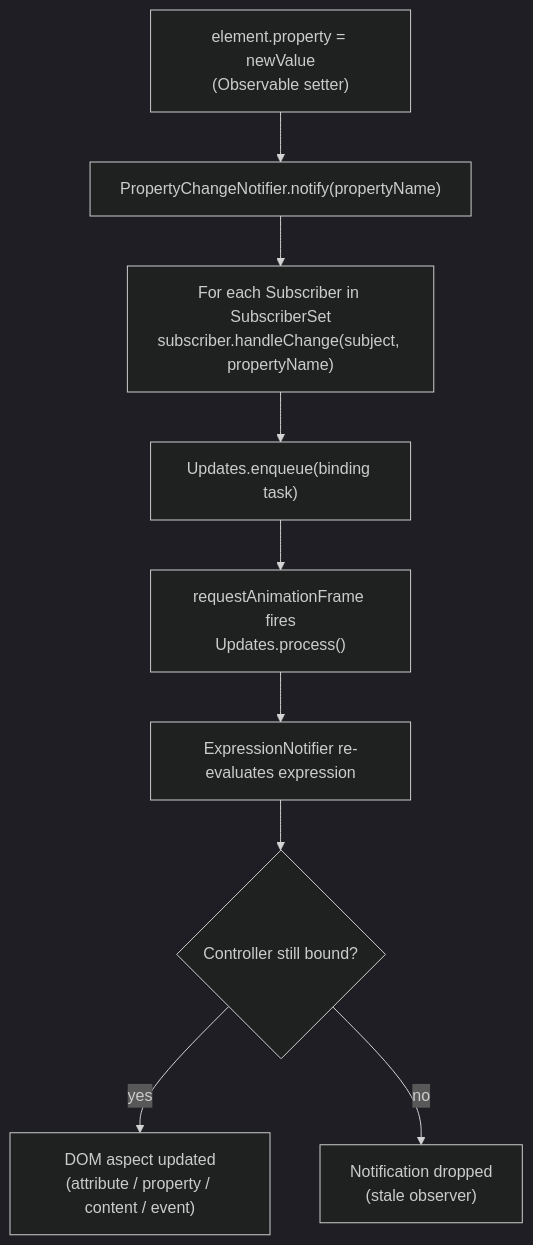
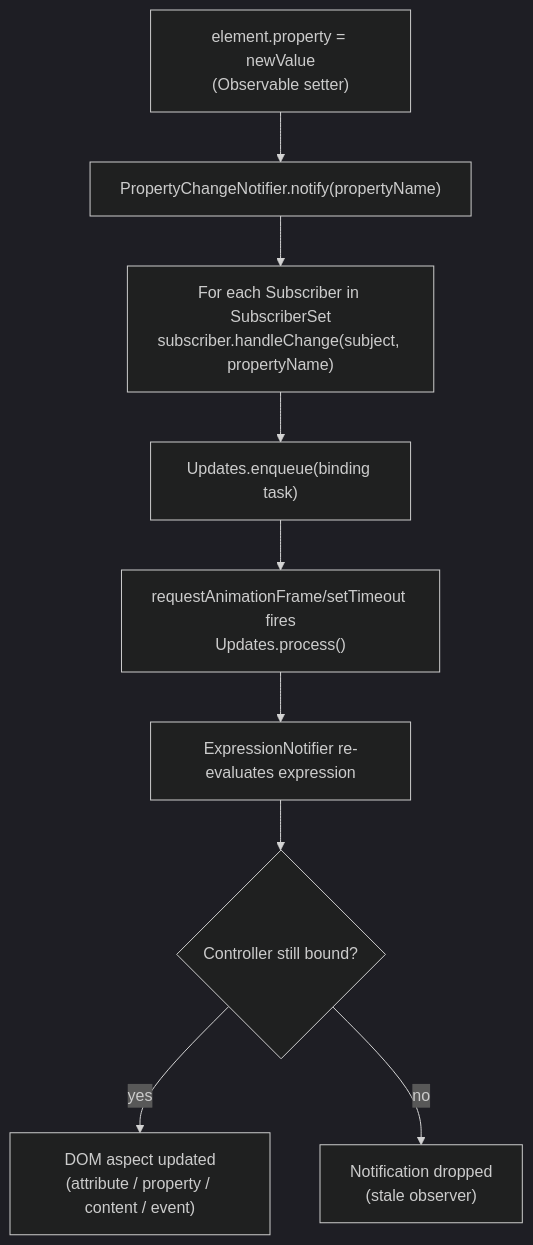
One commit to microsoft/fast changed the fourth of 4 diagrams in packages/fast-element/DESIGN.md. Above: the diagram before and after it, drawn with Mermaid (dark theme). The commit also changed other lines of this file and 7 other files, not shown here.

````diff
--- a/packages/fast-element/DESIGN.md
+++ b/packages/fast-element/DESIGN.md
@@ -443,19 +443,19 @@
 ```mermaid
 flowchart TD
     SET["element.property = newValue\n(Observable setter)"]
     NOTIFY["PropertyChangeNotifier.notify(propertyName)"]
     SUBS["For each Subscriber in SubscriberSet\nsubscriber.handleChange(subject, propertyName)"]
     ENQ["Updates.enqueue(binding task)"]
-    RAF["requestAnimationFrame fires\nUpdates.process()"]
+    RAF["requestAnimationFrame/setTimeout fires\nUpdates.process()"]
     EVAL["ExpressionNotifier re-evaluates expression"]
     DOM["DOM aspect updated\n(attribute / property / content / event)"]
 
     SET --> NOTIFY
     NOTIFY --> SUBS
     SUBS --> ENQ
     ENQ --> RAF
     RAF --> EVAL
     EVAL --> GUARD{"Controller still bound?"}
     GUARD -->|yes| DOM
     GUARD -->|no| DROP["Notification dropped\n(stale observer)"]
 ```
````
